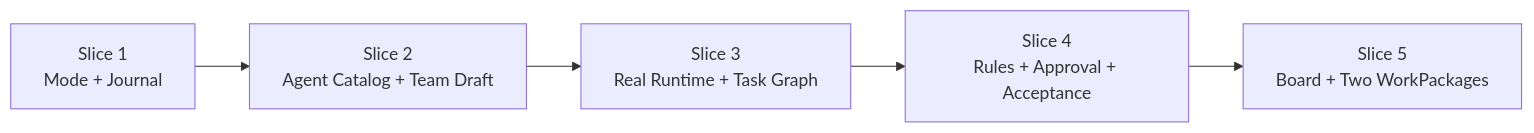
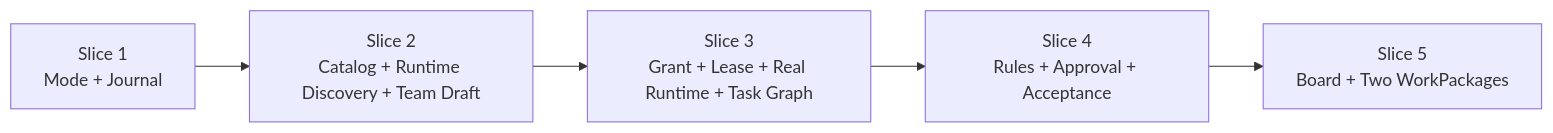
One commit to tttboy123/loom changed diagram 13 of 13 in docs/ARCHITECTURE.md. Above: the diagram before and after it, drawn with Mermaid. The commit also changed other lines of this file and 26 other files, not shown here.

````diff
--- a/docs/ARCHITECTURE.md
+++ b/docs/ARCHITECTURE.md
@@ -353,7 +417,7 @@
 ```mermaid
 flowchart LR
-    S1["Slice 1<br/>Mode + Journal"] --> S2["Slice 2<br/>Agent Catalog + Team Draft"]
-    S2 --> S3["Slice 3<br/>Real Runtime + Task Graph"]
+    S1["Slice 1<br/>Mode + Journal"] --> S2["Slice 2<br/>Catalog + Runtime Discovery + Team Draft"]
+    S2 --> S3["Slice 3<br/>Grant + Lease + Real Runtime + Task Graph"]
     S3 --> S4["Slice 4<br/>Rules + Approval + Acceptance"]
     S4 --> S5["Slice 5<br/>Board + Two WorkPackages"]
 ```
````
